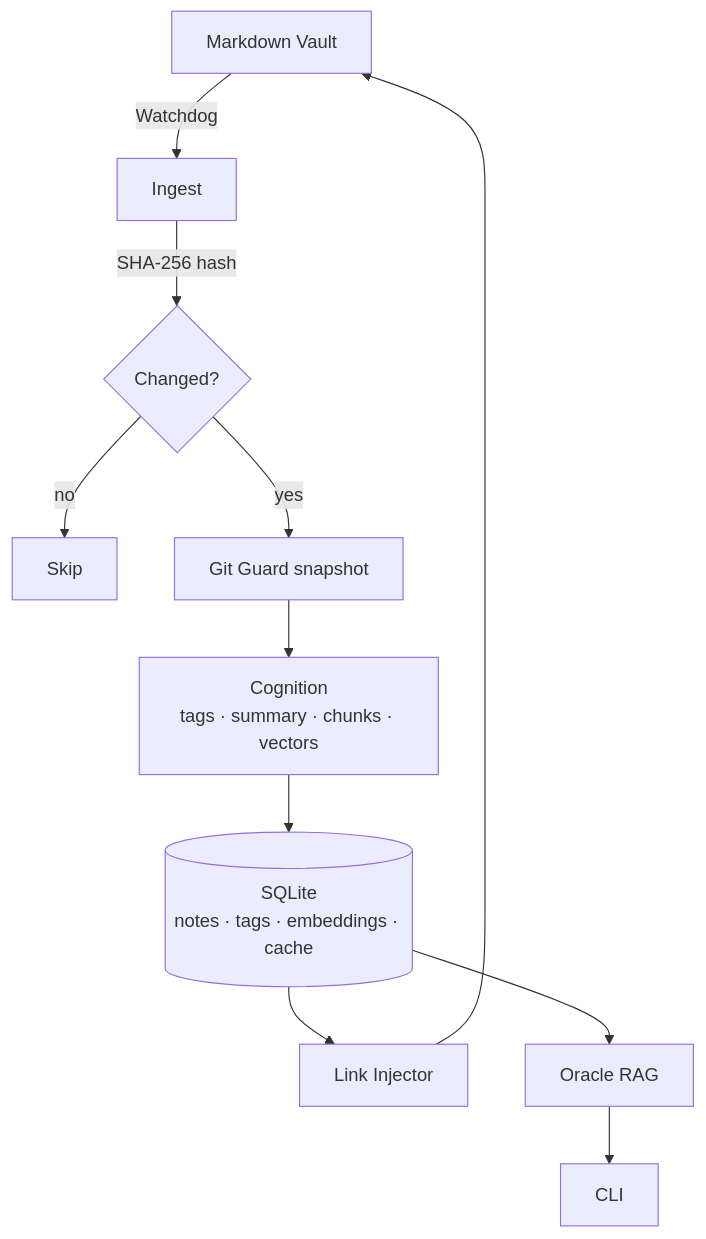
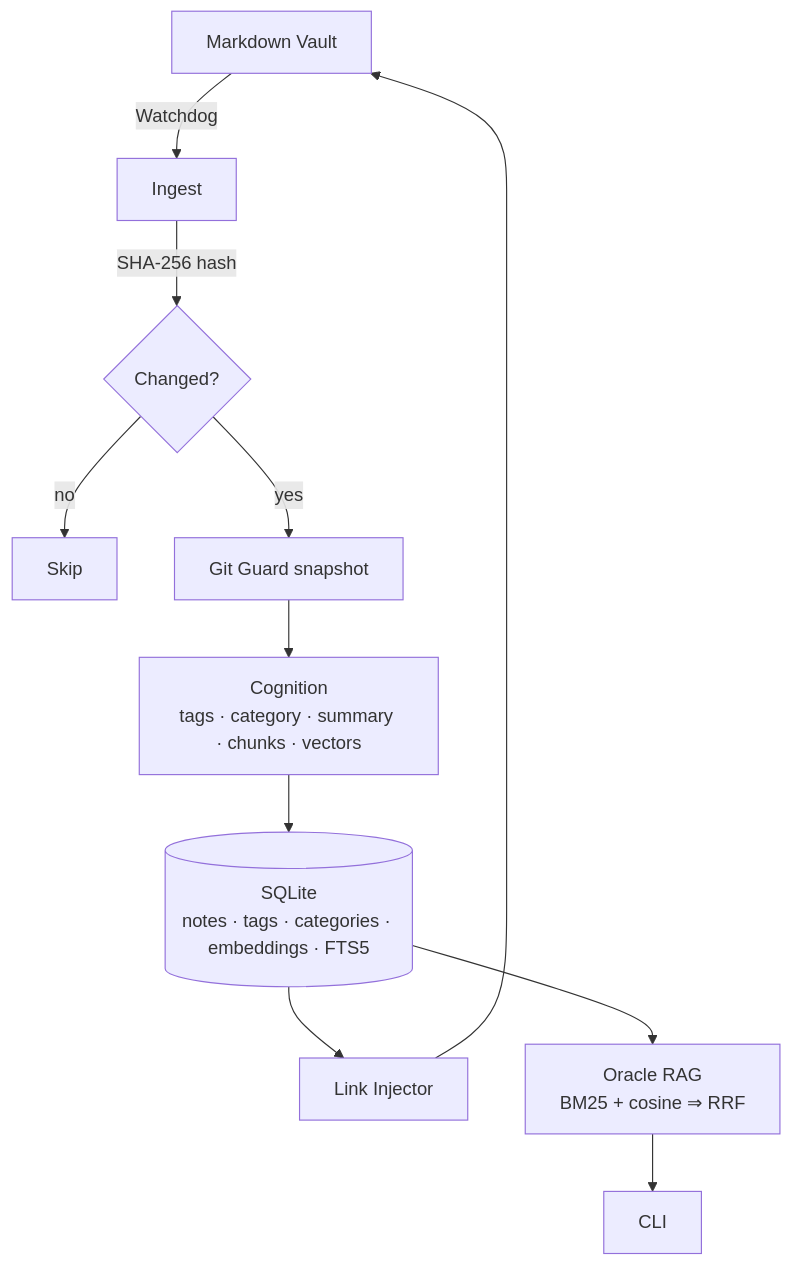
The diagram in README.md (kahz12/Grimore-MD), drawn with Mermaid before and after one commit. The commit also changed other lines of this file, not shown here.

````diff
--- a/README.md
+++ b/README.md
@@ -86,13 +91,13 @@
 ```mermaid
 graph TD
     A[Markdown Vault] -->|Watchdog| B[Ingest]
     B -->|SHA-256 hash| C{Changed?}
     C -->|no| Z[Skip]
     C -->|yes| D[Git Guard snapshot]
-    D --> E[Cognition<br/>tags · summary · chunks · vectors]
-    E --> F[(SQLite<br/>notes · tags · embeddings · cache)]
+    D --> E[Cognition<br/>tags · category · summary · chunks · vectors]
+    E --> F[(SQLite<br/>notes · tags · categories · embeddings · FTS5)]
     F --> G[Link Injector]
     G --> A
-    F --> H[Oracle RAG]
+    F --> H[Oracle RAG<br/>BM25 + cosine ⇒ RRF]
     H --> I[CLI]
 ```
````
